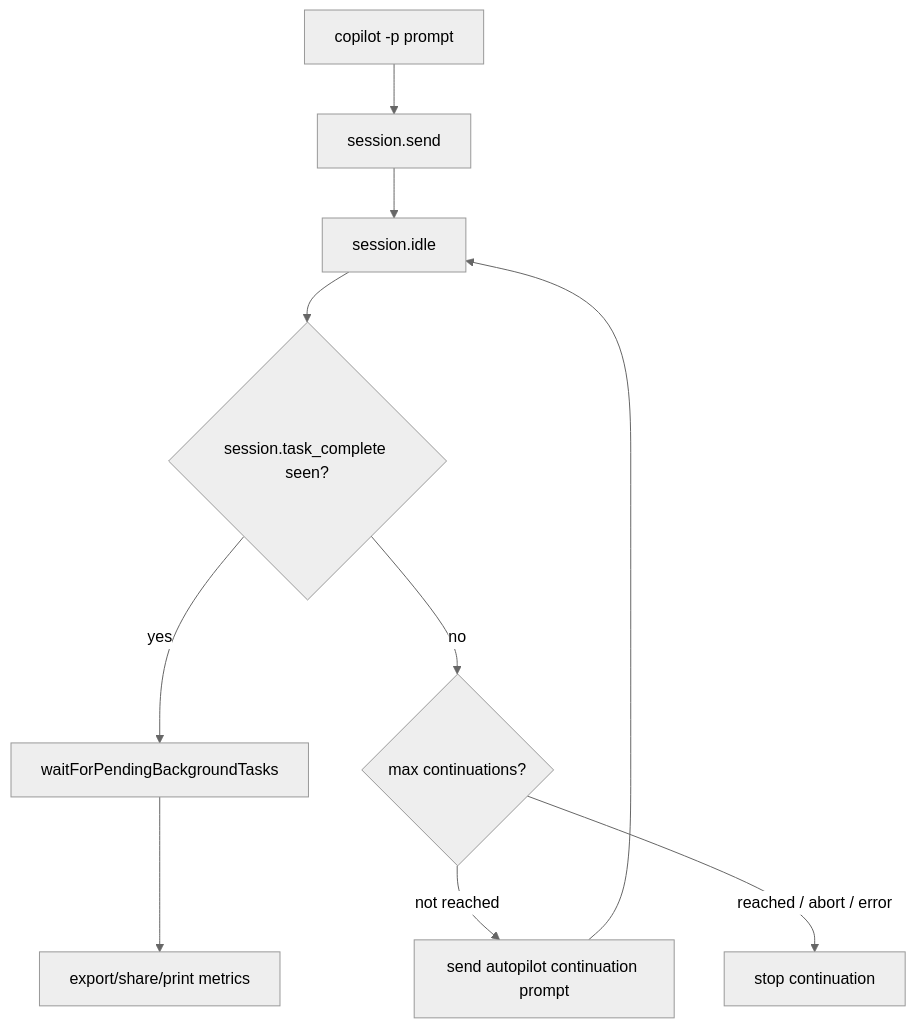
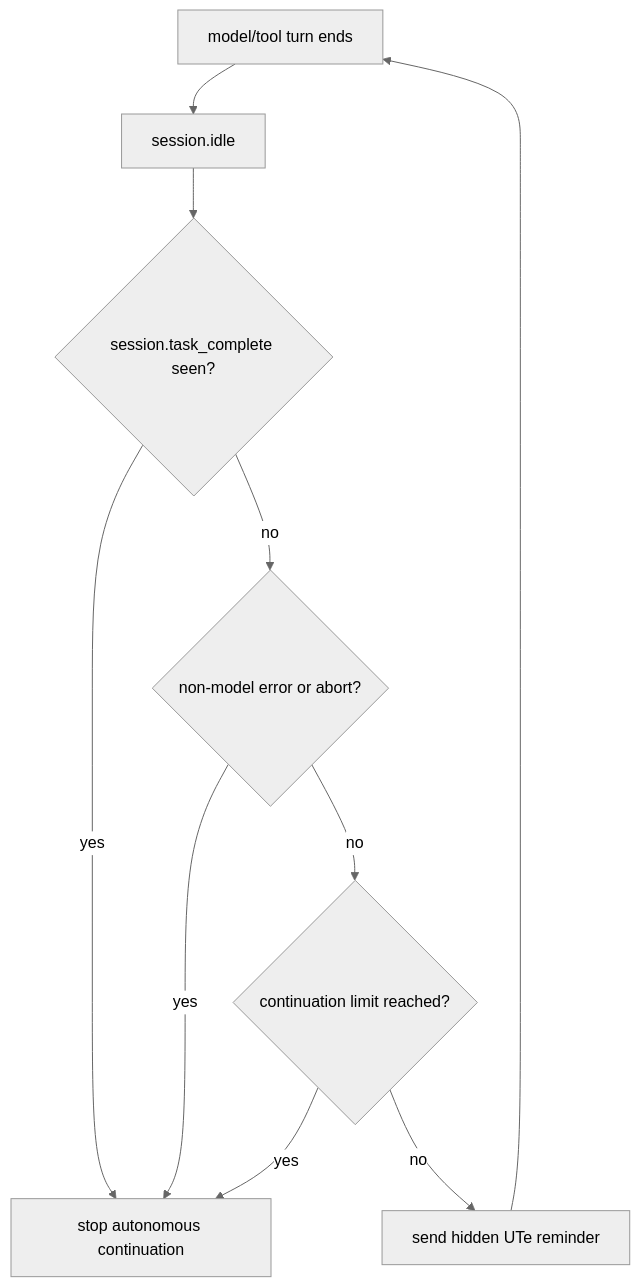
Before and after one commit to vibewatch/copilot-cli-internals: diagram 18 of 19 in docs/07-agents-and-automation/agent-task-orchestration.md, drawn with Mermaid (neutral theme). The commit also changed other lines of this file and 8 other files, not shown here.

````diff
--- a/docs/07-agents-and-automation/agent-task-orchestration.md
+++ b/docs/07-agents-and-automation/agent-task-orchestration.md
@@ -520,12 +573,12 @@
 ```mermaid
 flowchart TD
-    Prompt["copilot -p prompt"] --> Send["session.send"]
-    Send --> Idle["session.idle"]
+    Turn["model/tool turn ends"] --> Idle["session.idle"]
     Idle --> Done{"session.task_complete seen?"}
-    Done -->|"yes"| WaitBg["waitForPendingBackgroundTasks"]
-    Done -->|"no"| Limit{"max continuations?"}
-    Limit -->|"not reached"| Continue["send autopilot continuation prompt"]
-    Continue --> Idle
-    Limit -->|"reached / abort / error"| Stop["stop continuation"]
-    WaitBg --> Exit["export/share/print metrics"]
+    Done -->|"yes"| Stop["stop autonomous continuation"]
+    Done -->|"no"| Error{"non-model error or abort?"}
+    Error -->|"yes"| Stop
+    Error -->|"no"| Limit{"continuation limit reached?"}
+    Limit -->|"yes"| Stop
+    Limit -->|"no"| Continue["send hidden UTe reminder"]
+    Continue --> Turn
 ```
````
